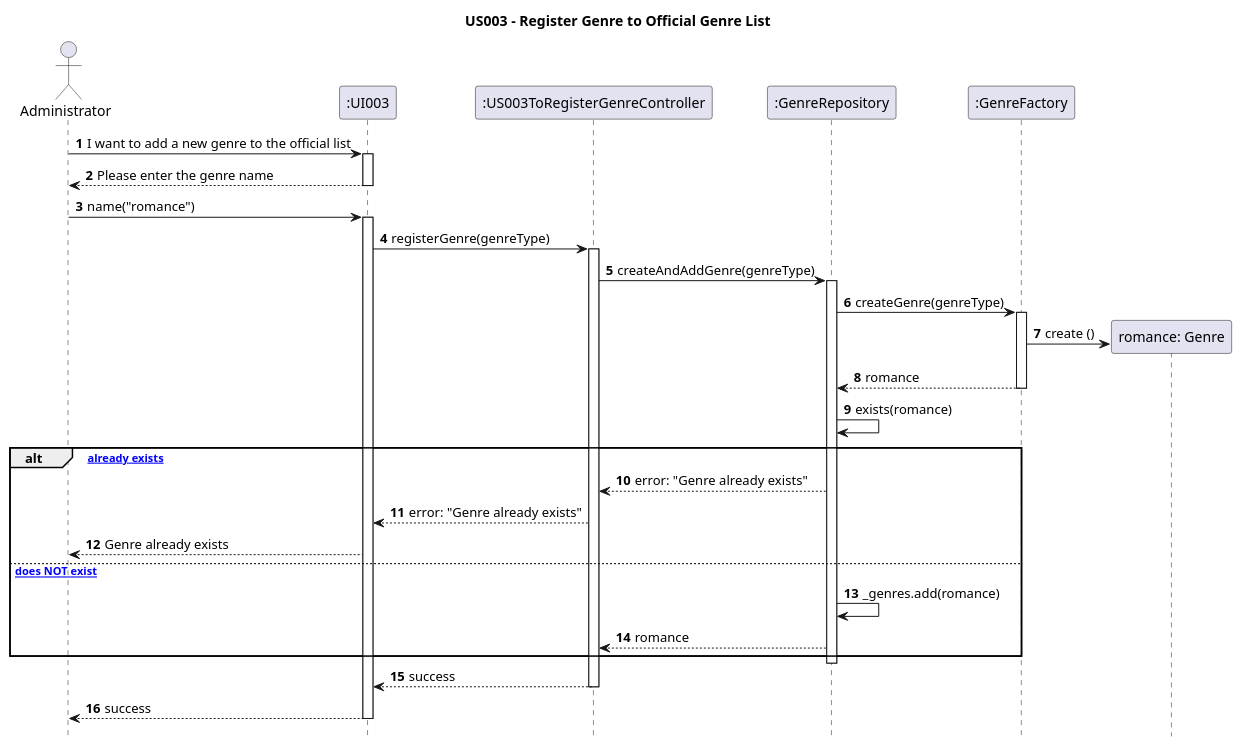
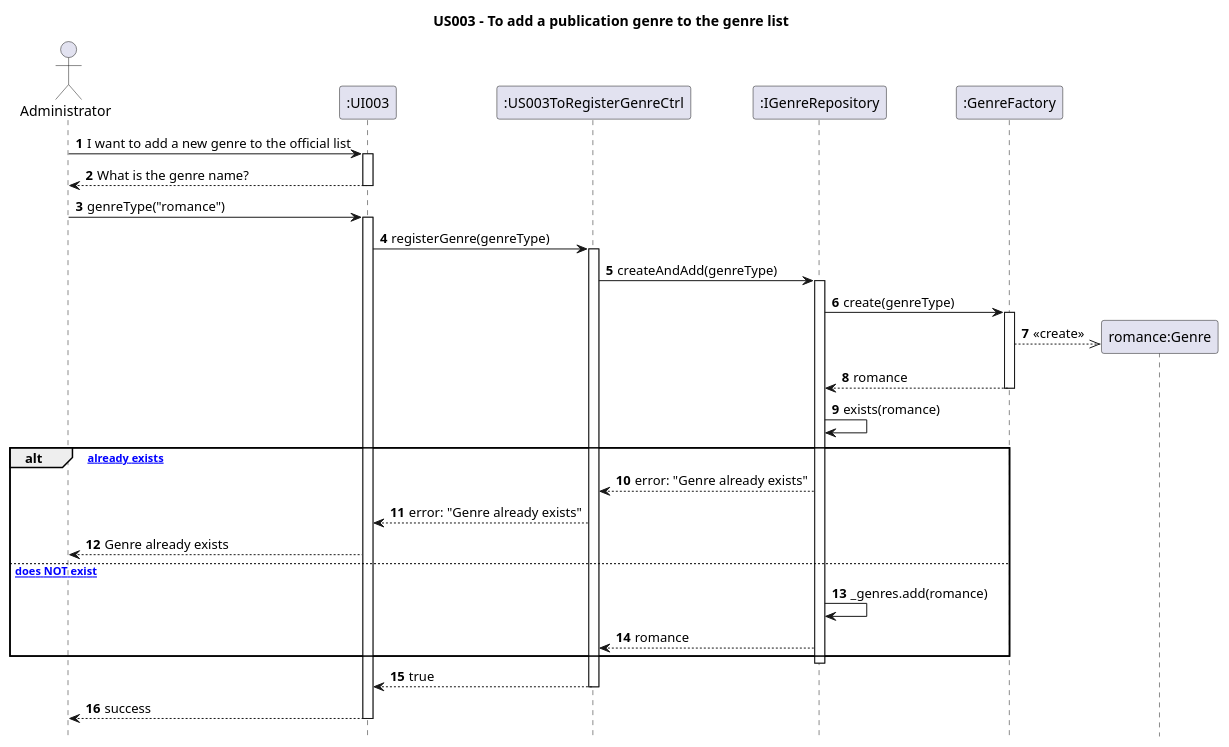
The diagram in Diagrams/SequenceDiagrams/N2/US003-to-add-a-publication-genre-to-the-genre-list.puml (AndrePereiraGitH/SWitCH-Project-Team_A), drawn with PlantUML before and after one commit. The commit also changed 2 other files, not shown here.

Commit message:
docs #499: update US003 diagrams to reflect DDD architecture

```diff
--- a/Diagrams/SequenceDiagrams/N2/US003-to-add-a-publication-genre-to-the-genre-list.puml
+++ b/Diagrams/SequenceDiagrams/N2/US003-to-add-a-publication-genre-to-the-genre-list.puml
@@ -1,57 +1,53 @@
 @startuml
 hide footbox
 autonumber
-
-title US003 - Register Genre to Official Genre List
+title US003 - To add a publication genre to the genre list
 
 actor Administrator
 participant ":UI003" as UI
-participant ":US003ToRegisterGenreController" as Controller
-participant ":GenreRepository" as GenreRepository
-participant ":GenreFactory" as GenreFactory
+participant ":US003ToRegisterGenreCtrl" as Ctrl
+participant ":IGenreRepository" as genreRepo
+participant ":GenreFactory" as factory
 
 Administrator -> UI : I want to add a new genre to the official list
 activate UI
+UI --> Administrator : What is the genre name?
+deactivate UI
+Administrator -> UI : genreType("romance")
 
-UI --> Administrator : Please enter the genre name
-deactivate UI
-
-Administrator -> UI : name("romance")
 activate UI
 
-UI -> Controller : registerGenre(genreType)
-activate Controller
+UI -> Ctrl : registerGenre(genreType)
+activate Ctrl
 
-Controller -> GenreRepository : createAndAddGenre(genreType)
-activate GenreRepository
+Ctrl -> genreRepo : createAndAdd(genreType)
+activate genreRepo
 
-GenreRepository -> GenreFactory : createGenre(genreType)
-activate GenreFactory
+genreRepo -> factory : create(genreType)
+activate factory
+create "romance:Genre" as Genre
+factory -->> Genre : <<create>>
+factory --> genreRepo : romance
+deactivate factory
 
-create "romance: Genre"
-GenreFactory -> "romance: Genre" : create ()
-GenreFactory --> GenreRepository : romance
-deactivate GenreFactory
-
-GenreRepository -> GenreRepository : exists(romance)
+genreRepo -> genreRepo : exists(romance)
 
 alt [genre already exists]
-    GenreRepository --> Controller : error: "Genre already exists"
-    Controller --> UI : error: "Genre already exists"
+    genreRepo --> Ctrl : error: "Genre already exists"
+    Ctrl --> UI : error: "Genre already exists"
     UI --> Administrator : Genre already exists
 
 else [genre does NOT exist]
-    GenreRepository -> GenreRepository : _genres.add(romance)
-    GenreRepository --> Controller : romance
-
+    genreRepo -> genreRepo : _genres.add(romance)
+    genreRepo --> Ctrl : romance
 end
 
-deactivate GenreRepository
+deactivate genreRepo
 
-Controller --> UI : success
-deactivate Controller
+Ctrl --> UI : true
+deactivate Ctrl
 
 UI --> Administrator : success
 deactivate UI
 
 @enduml
```
